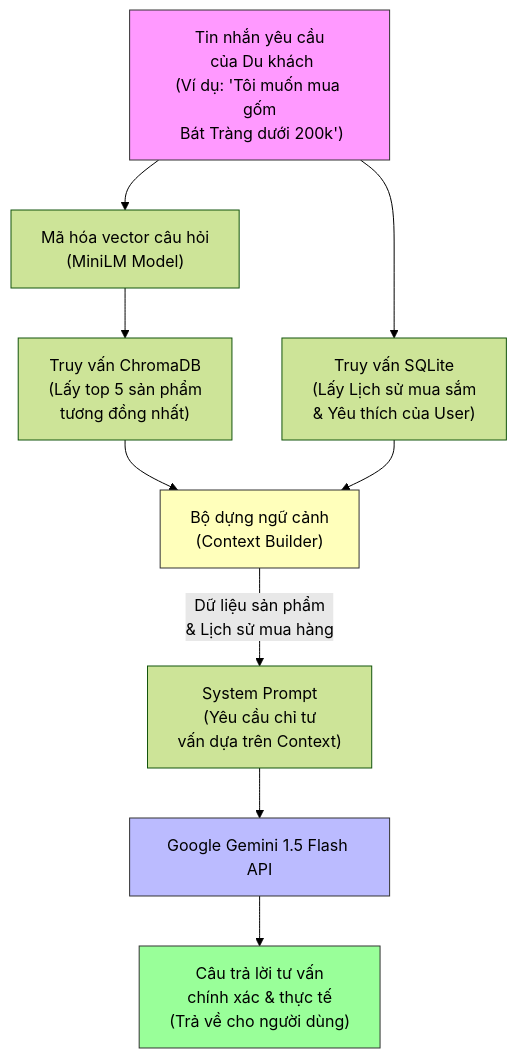
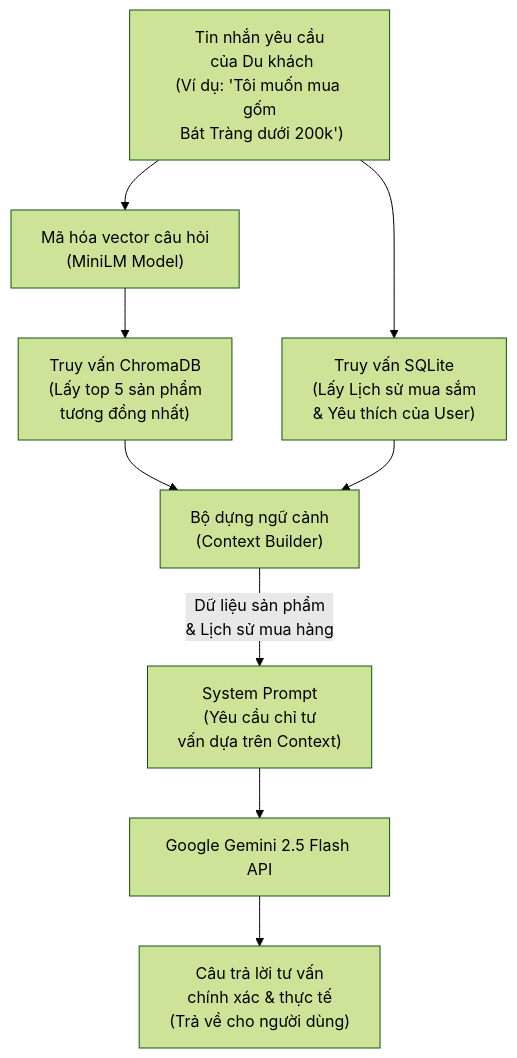
The eighth of 8 diagrams in README.md (KhangDinh610/Smart-Travel-System-Project), drawn with Mermaid (forest theme) before and after one commit. The commit also changed other lines of this file and 4 other files, not shown here.

````diff
--- a/README.md
+++ b/README.md
@@ -540,18 +533,13 @@
 ```mermaid
 flowchart TD
     UserQuery["Tin nhắn yêu cầu\n của Du khách\n(Ví dụ: 'Tôi muốn mua gốm\n Bát Tràng dưới 200k')"] --> Extract["Mã hóa vector câu hỏi\n(MiniLM Model)"]
     Extract --> ChromaDBQuery["Truy vấn ChromaDB\n(Lấy top 5 sản phẩm\n tương đồng nhất)"]
     UserQuery --> DBQuery["Truy vấn SQLite\n(Lấy Lịch sử mua sắm\n & Yêu thích của User)"]
     
     ChromaDBQuery --> ContextBuilder["Bộ dựng ngữ cảnh\n (Context Builder)"]
     DBQuery --> ContextBuilder
     
     ContextBuilder -- "Dữ liệu sản phẩm\n & Lịch sử mua hàng" --> SystemPrompt["System Prompt\n(Yêu cầu chỉ tư\n vấn dựa trên Context)"]
-    SystemPrompt --> GeminiAPI["Google Gemini 1.5 Flash API"]
+    SystemPrompt --> GeminiAPI["Google Gemini 2.5 Flash API"]
     GeminiAPI --> ChatResponse["Câu trả lời tư vấn\n chính xác & thực tế\n(Trả về cho người dùng)"]
-
-    style UserQuery fill:#f9f,stroke:#333
-    style ContextBuilder fill:#ffb,stroke:#333
-    style GeminiAPI fill:#bbf,stroke:#333
-    style ChatResponse fill:#9f9,stroke:#333
 ```
````
